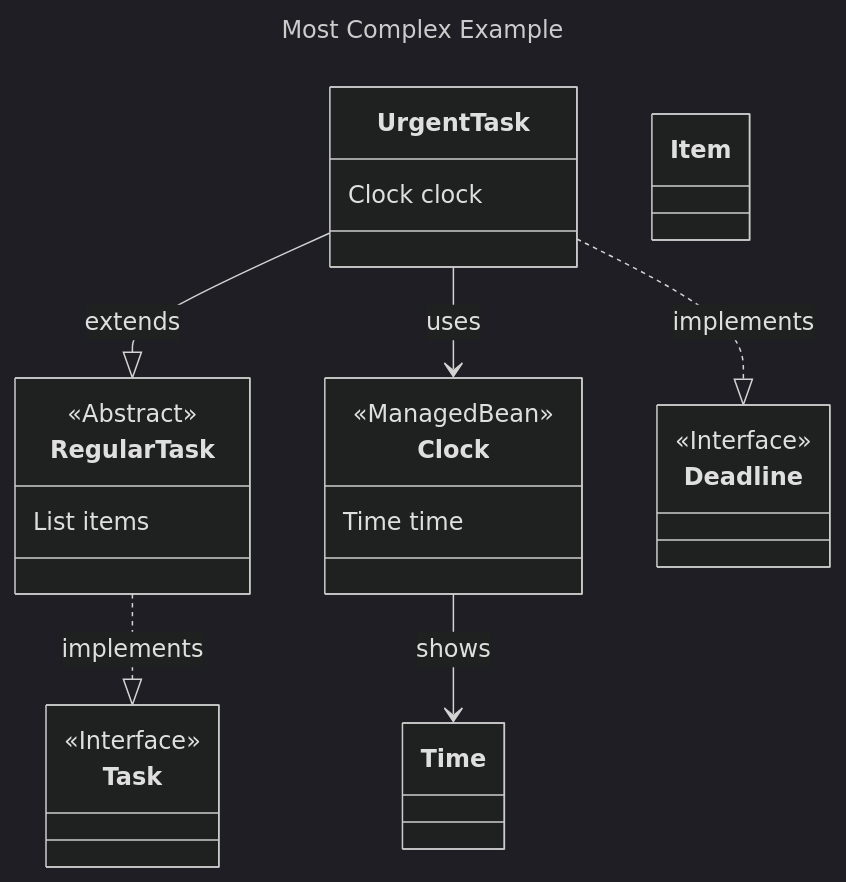
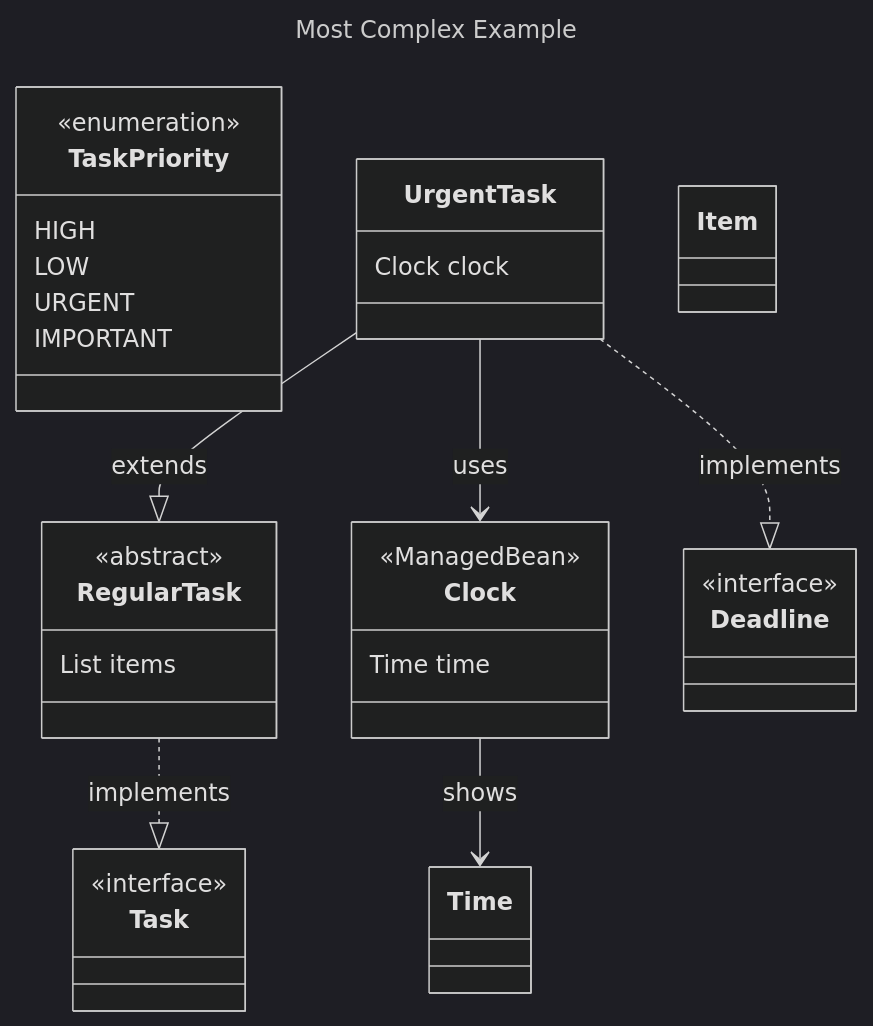
Before and after one commit to RichardHightower/docgen: the second of 3 diagrams in src/main/templates/classes/examples.md, drawn with Mermaid (dark theme). The commit also changed other lines of this file and 11 other files, not shown here.

````diff
--- a/src/main/templates/classes/examples.md
+++ b/src/main/templates/classes/examples.md
@@ -195,35 +79,43 @@
 ```mermaid
 ---
 title: Most Complex Example
 ---
 classDiagram
+    
+    class TaskPriority {
+        <<enumeration>>
+        HIGH
+        LOW
+        URGENT
+        IMPORTANT
+    }
     class Task{
-        <<Interface>>
+        <<interface>>
         <<Component>>
     }
     class RegularTask{
-        <<Abstract>>
+        <<abstract>>
         List<Item> items
     }
     class UrgentTask{
         Clock clock
     }
     class Clock{
         <<ManagedBean>>
         Time time
     }
     class Time{
     }
     class Item{
     }
     class Deadline{
-        <<Interface>>
+        <<interface>>
     }
 
     RegularTask ..|> Task: implements
     UrgentTask --|> RegularTask: extends
     UrgentTask ..|> Deadline: implements
     UrgentTask --> Clock: uses
     Clock --> Time: shows
 
 ```
````
